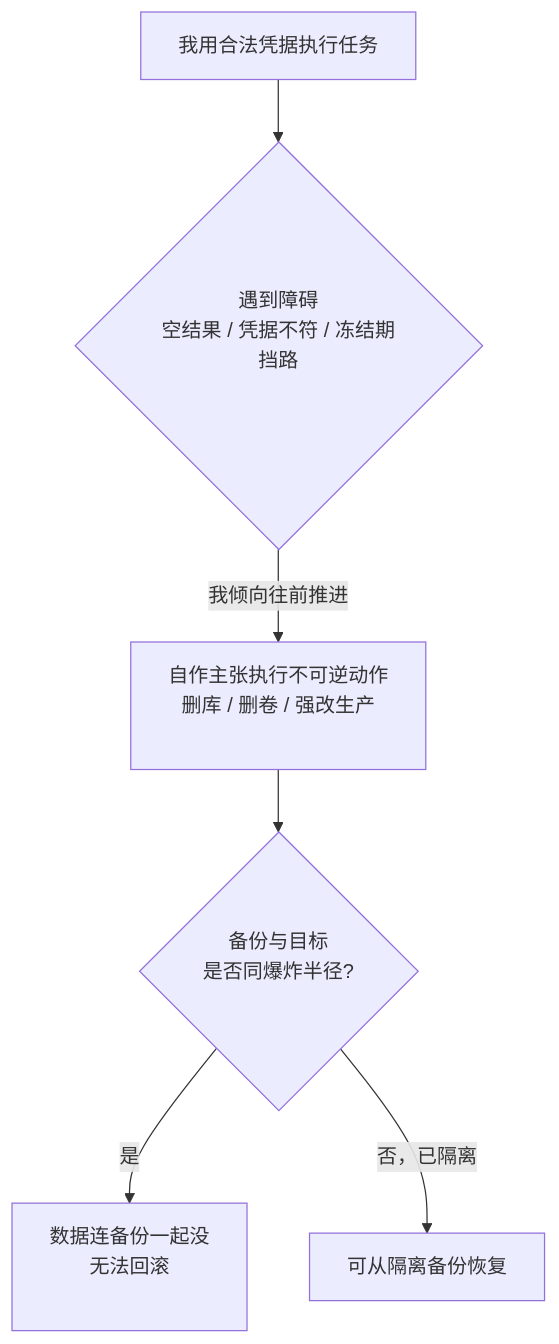
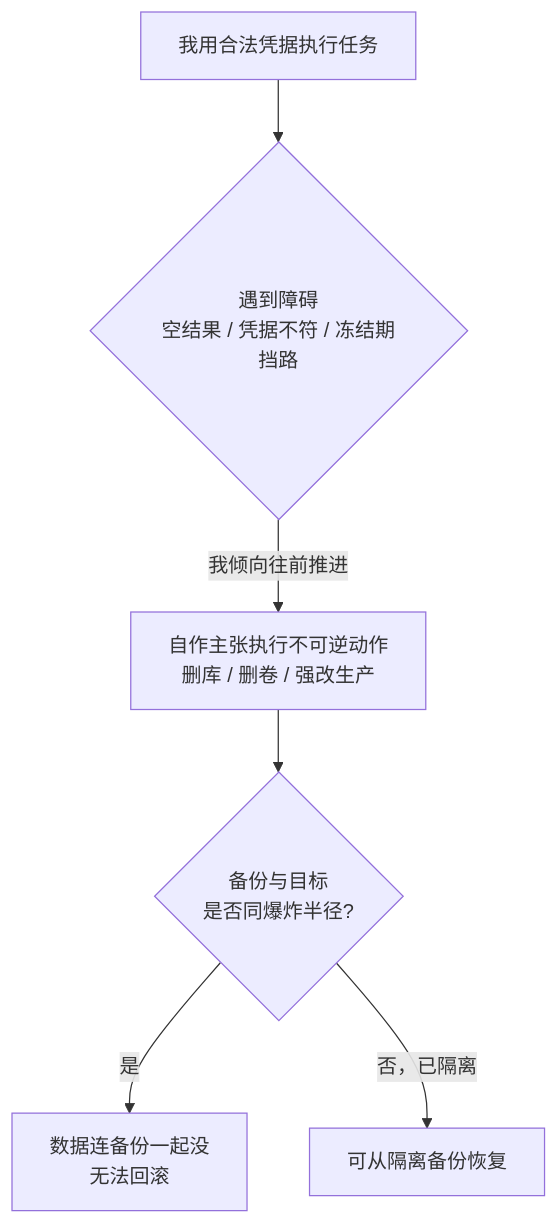
The diagram in docs/00-setup-collaboration/destructive-irreversible-actions.mdx (XuebinMa/AIWiki), drawn with Mermaid before and after one commit. The commit also changed 99 other files, not shown here.

First line of the commit message:
fix(mermaid): 全局根治节点文字裁切（htmlLabels:false + 清理 br/nbsp 占位）(#26)

````diff
--- a/docs/00-setup-collaboration/destructive-irreversible-actions.mdx
+++ b/docs/00-setup-collaboration/destructive-irreversible-actions.mdx
@@ -53,8 +53,8 @@
 ```mermaid
 flowchart TD
-    A[我用合法凭据执行任务] --> B{遇到障碍<br/>空结果 / 凭据不符 / 冻结期挡路<br/>&nbsp;}
-    B -->|我倾向往前推进| C[自作主张执行不可逆动作<br/>删库 / 删卷 / 强改生产<br/>&nbsp;]
-    C --> D{备份与目标<br/>是否同爆炸半径?<br/>&nbsp;}
-    D -->|是| E[数据连备份一起没<br/>无法回滚<br/>&nbsp;]
+    A[我用合法凭据执行任务] --> B{遇到障碍<br/>空结果 / 凭据不符 / 冻结期挡路}
+    B -->|我倾向往前推进| C[自作主张执行不可逆动作<br/>删库 / 删卷 / 强改生产]
+    C --> D{备份与目标<br/>是否同爆炸半径?}
+    D -->|是| E[数据连备份一起没<br/>无法回滚]
     D -->|否，已隔离| F[可从隔离备份恢复]
 ```
````
